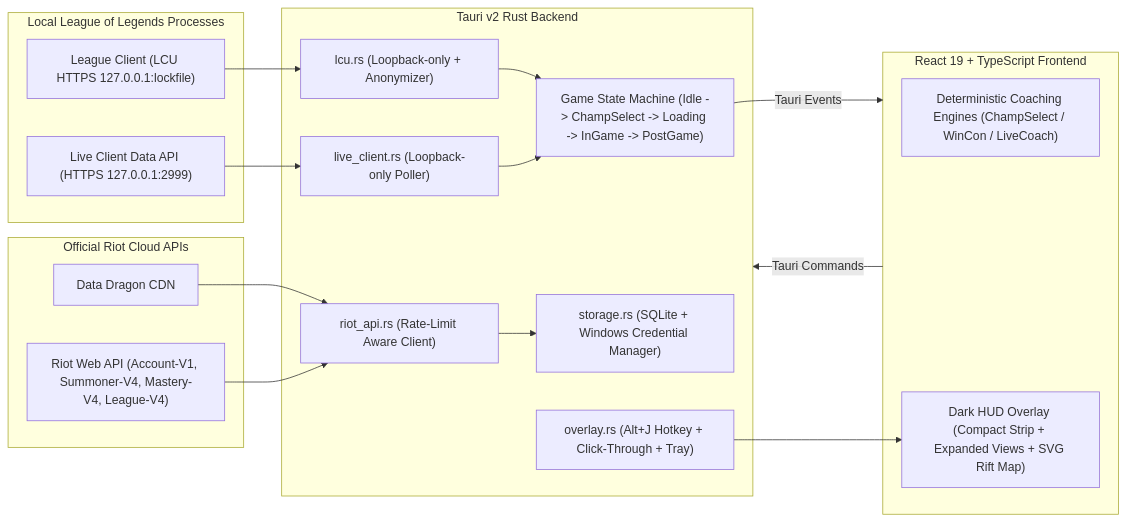
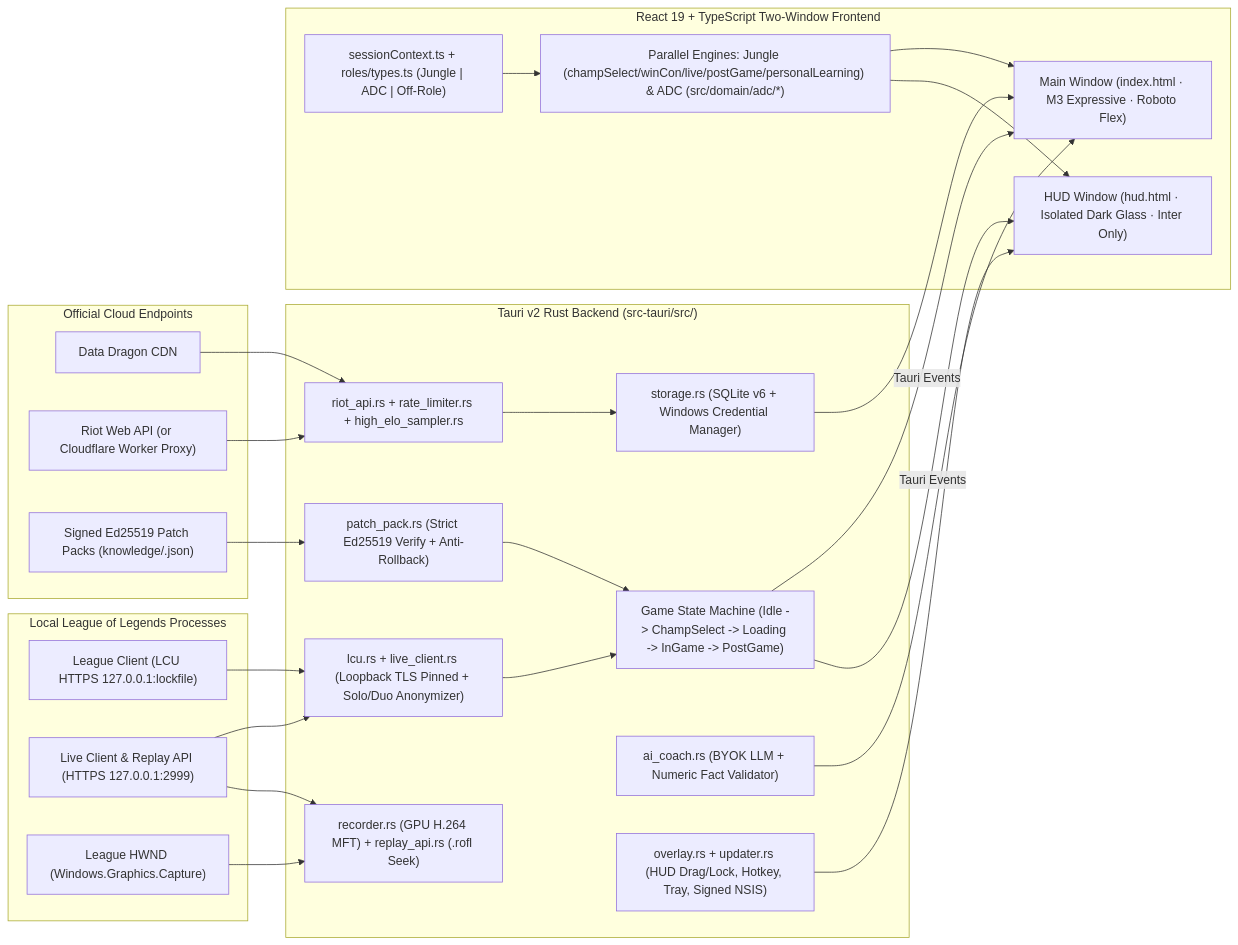
One commit to malikjannico/betterjungler changed the diagram in docs/ARCHITECTURE.md. Above: the diagram before and after it, drawn with Mermaid. The commit also changed other lines of this file and 59 other files, not shown here.

````diff
--- a/docs/ARCHITECTURE.md
+++ b/docs/ARCHITECTURE.md
@@ -5,37 +5,53 @@
 ```mermaid
 flowchart LR
     subgraph LoL["Local League of Legends Processes"]
         LCU["League Client (LCU HTTPS 127.0.0.1:lockfile)"]
-        LIVE["Live Client Data API (HTTPS 127.0.0.1:2999)"]
+        LIVE["Live Client & Replay API (HTTPS 127.0.0.1:2999)"]
+        WGC["League HWND (Windows.Graphics.Capture)"]
     end
 
-    subgraph RiotCloud["Official Riot Cloud APIs"]
+    subgraph RiotCloud["Official Cloud Endpoints"]
         DDragon["Data Dragon CDN"]
-        RiotWeb["Riot Web API (Account-V1, Summoner-V4, Mastery-V4, League-V4)"]
+        RiotWeb["Riot Web API (or Cloudflare Worker Proxy)"]
+        Packs["Signed Ed25519 Patch Packs (knowledge/<patch>.json)"]
     end
 
-    subgraph Tauri["Tauri v2 Rust Backend"]
+    subgraph Tauri["Tauri v2 Rust Backend (src-tauri/src/)"]
         State["Game State Machine (Idle -> ChampSelect -> Loading -> InGame -> PostGame)"]
-        LCUMod["lcu.rs (Loopback-only + Anonymizer)"]
-        LiveMod["live_client.rs (Loopback-only Poller)"]
-        RiotMod["riot_api.rs (Rate-Limit Aware Client)"]
-        Store["storage.rs (SQLite + Windows Credential Manager)"]
-        Overlay["overlay.rs (Alt+J Hotkey + Click-Through + Tray)"]
+        LCUMod["lcu.rs + live_client.rs (Loopback TLS Pinned + Solo/Duo Anonymizer)"]
+        RiotMod["riot_api.rs + rate_limiter.rs + high_elo_sampler.rs"]
+        PackMod["patch_pack.rs (Strict Ed25519 Verify + Anti-Rollback)"]
+        Store["storage.rs (SQLite v6 + Windows Credential Manager)"]
+        Media["recorder.rs (GPU H.264 MFT) + replay_api.rs (.rofl Seek)"]
+        AiMod["ai_coach.rs (BYOK LLM + Numeric Fact Validator)"]
+        Overlay["overlay.rs + updater.rs (HUD Drag/Lock, Hotkey, Tray, Signed NSIS)"]
     end
 
-    subgraph UI["React 19 + TypeScript Frontend"]
-        Engines["Deterministic Coaching Engines (ChampSelect / WinCon / LiveCoach)"]
-        Views["Dark HUD Overlay (Compact Strip + Expanded Views + SVG Rift Map)"]
+    subgraph Frontend["React 19 + TypeScript Two-Window Frontend"]
+        MainWin["Main Window (index.html · M3 Expressive · Roboto Flex)"]
+        HudWin["HUD Window (hud.html · Isolated Dark Glass · Inter Only)"]
+        RoleRouter["sessionContext.ts + roles/types.ts (Jungle | ADC | Off-Role)"]
+        Engines["Parallel Engines: Jungle (champSelect/winCon/live/postGame/personalLearning) & ADC (src/domain/adc/*)"]
     end
 
     LCU --> LCUMod
-    LIVE --> LiveMod
+    LIVE --> LCUMod
+    LIVE --> Media
+    WGC --> Media
     DDragon --> RiotMod
     RiotWeb --> RiotMod
+    Packs --> PackMod
+
     LCUMod --> State
-    LiveMod --> State
     RiotMod --> Store
-    State -->|Tauri Events| UI
-    UI -->|Tauri Commands| Tauri
-    Overlay --> Views
+    PackMod --> State
+    Store --> MainWin
+    AiMod --> MainWin
+
+    State -->|Tauri Events| MainWin
+    State -->|Tauri Events| HudWin
+    RoleRouter --> Engines
+    Engines --> MainWin
+    Engines --> HudWin
+    Overlay --> HudWin
 ```
````
